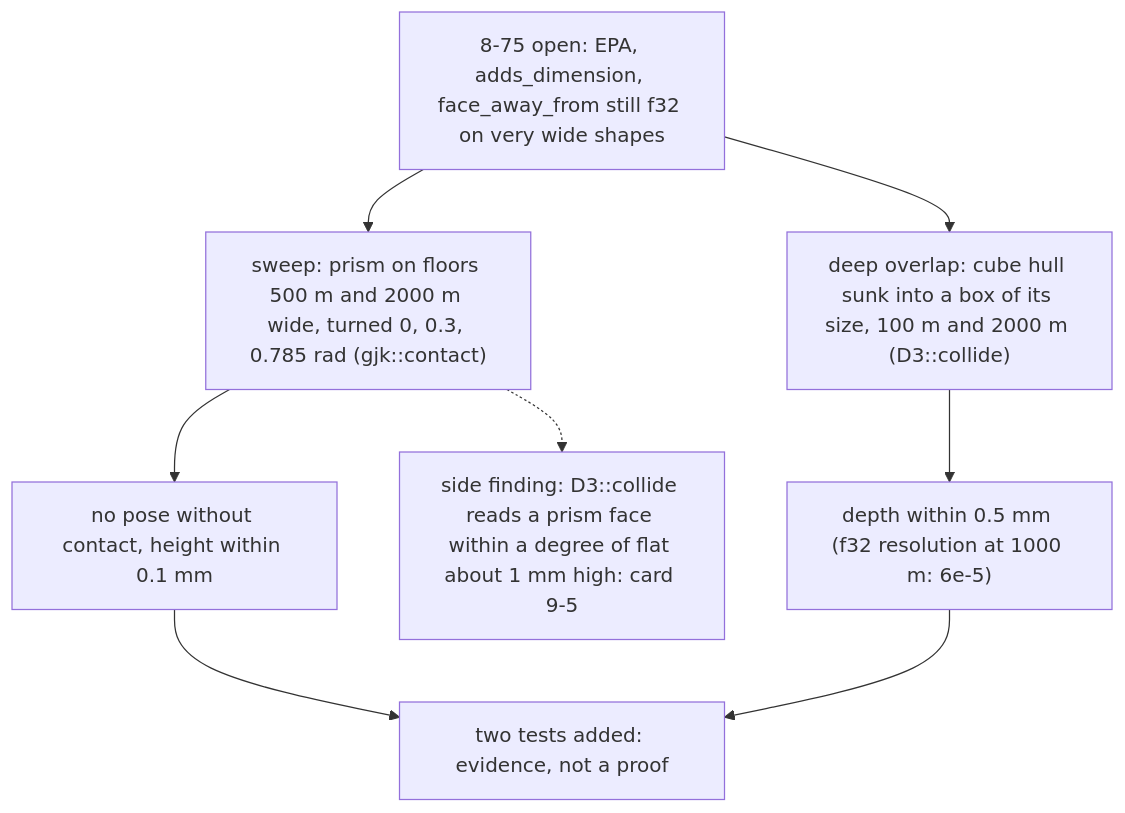
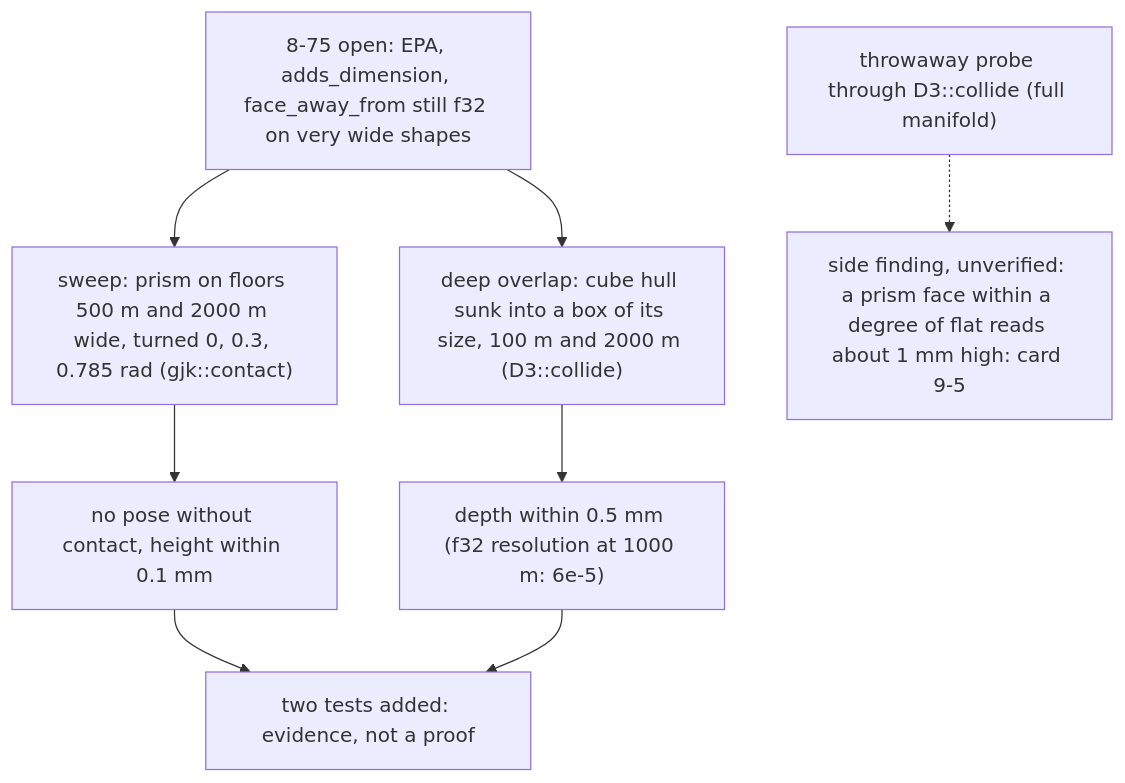
The diagram in reviews/8-79.md (giamat90/DuckEngine), drawn with Mermaid before and after one commit. The commit also changed other lines of this file and 2 other files, not shown here.

````diff
--- a/reviews/8-79.md
+++ b/reviews/8-79.md
@@ -5,10 +5,10 @@
 ```mermaid
 flowchart TD
   Q["8-75 open: EPA, adds_dimension, face_away_from still f32 on very wide shapes"] --> S1["sweep: prism on floors 500 m and 2000 m wide, turned 0, 0.3, 0.785 rad (gjk::contact)"]
   Q --> S2["deep overlap: cube hull sunk into a box of its size, 100 m and 2000 m (D3::collide)"]
   S1 --> R1["no pose without contact, height within 0.1 mm"]
   S2 --> R2["depth within 0.5 mm (f32 resolution at 1000 m: 6e-5)"]
   R1 --> T["two tests added: evidence, not a proof"]
   R2 --> T
-  S1 -.-> O["side finding: D3::collide reads a prism face within a degree of flat about 1 mm high: card 9-5"]
+  P["throwaway probe through D3::collide (full manifold)"] -.-> O["side finding, unverified: a prism face within a degree of flat reads about 1 mm high: card 9-5"]
 ```
````
